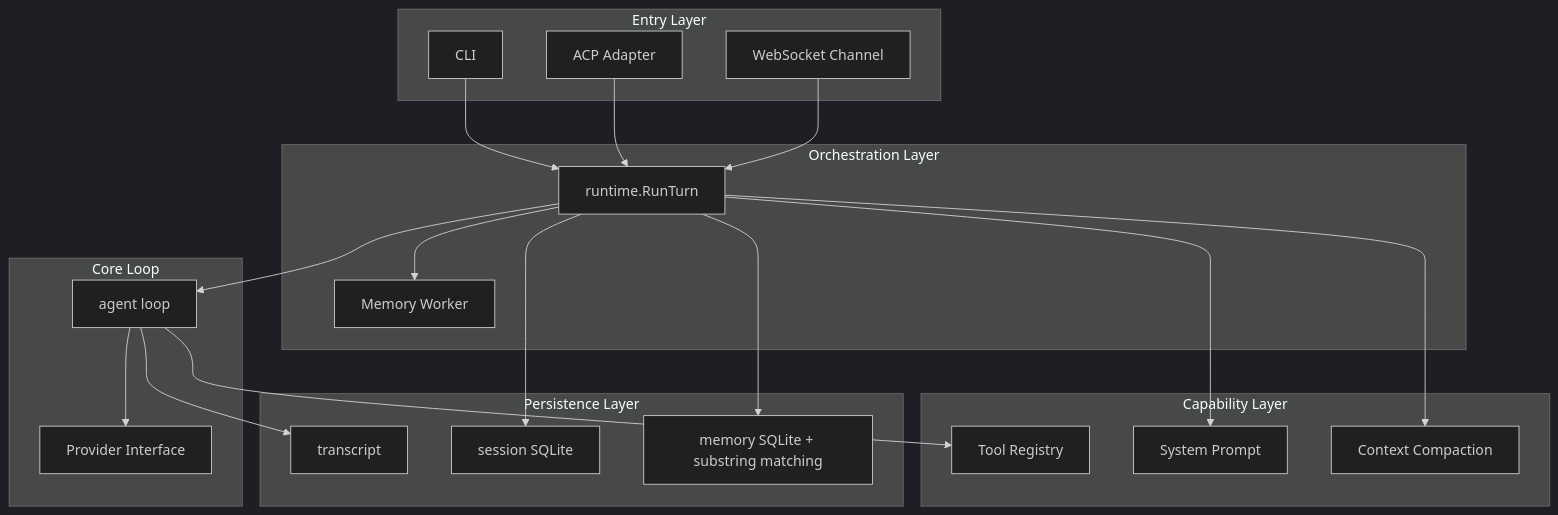
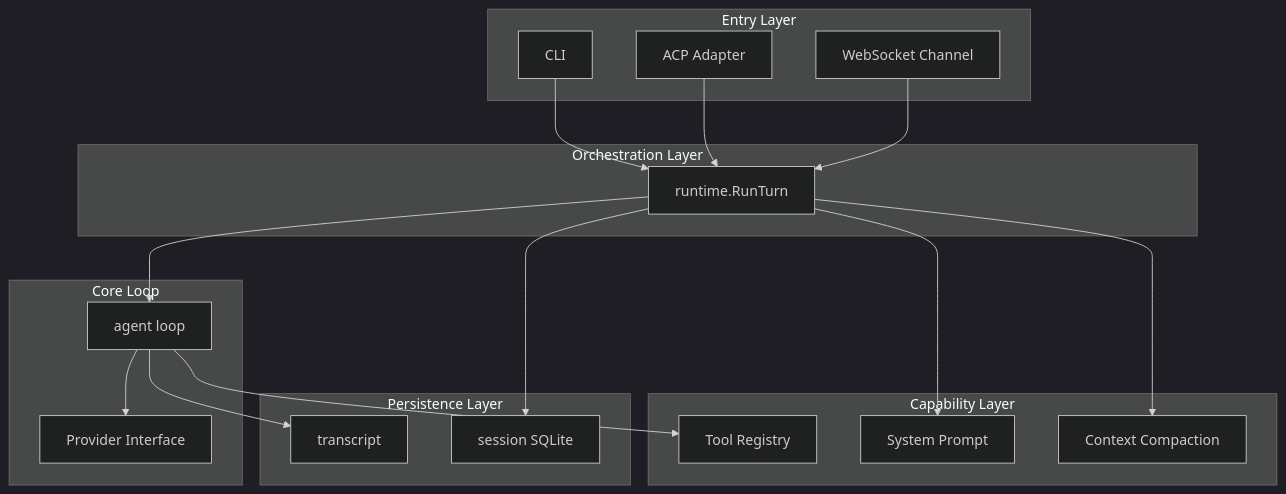
One commit to gvenusleo/Atlas changed the first of 2 diagrams in docs/architecture.md. Above: the diagram before and after it, drawn with Mermaid (dark theme). The commit also changed other lines of this file and 30 other files, not shown here.

````diff
--- a/docs/architecture.md
+++ b/docs/architecture.md
@@ -9,43 +9,39 @@
 ```mermaid
 graph TD
     subgraph Entry Layer
         CLI[CLI]
         ACP[ACP Adapter]
         WS[WebSocket Channel]
     end
 
     subgraph Orchestration Layer
         RT[runtime.RunTurn]
-        MW[Memory Worker]
     end
 
     subgraph Core Loop
         AG[agent loop]
         PR[Provider Interface]
     end
 
     subgraph Capability Layer
         TOOLS[Tool Registry]
         PRMPT[System Prompt]
         CMP[Context Compaction]
     end
 
     subgraph Persistence Layer
         TR[transcript]
         SS[session SQLite]
-        MS[memory SQLite + substring matching]
     end
 
     CLI --> RT
     ACP --> RT
     WS --> RT
     RT --> AG
-    RT --> MW
     AG --> PR
     AG --> TOOLS
     RT --> PRMPT
     RT --> CMP
-    RT --> MS
     AG --> TR
     RT --> SS
 ```
````
